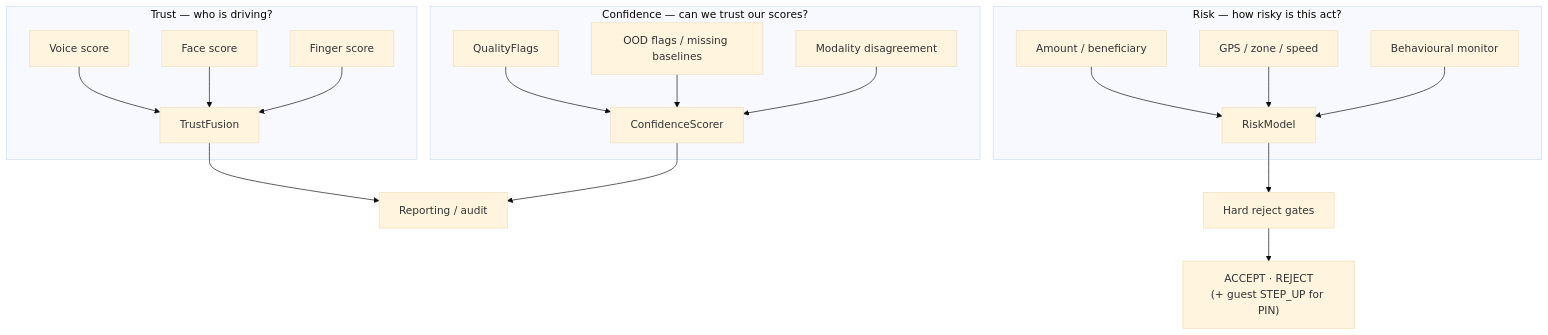
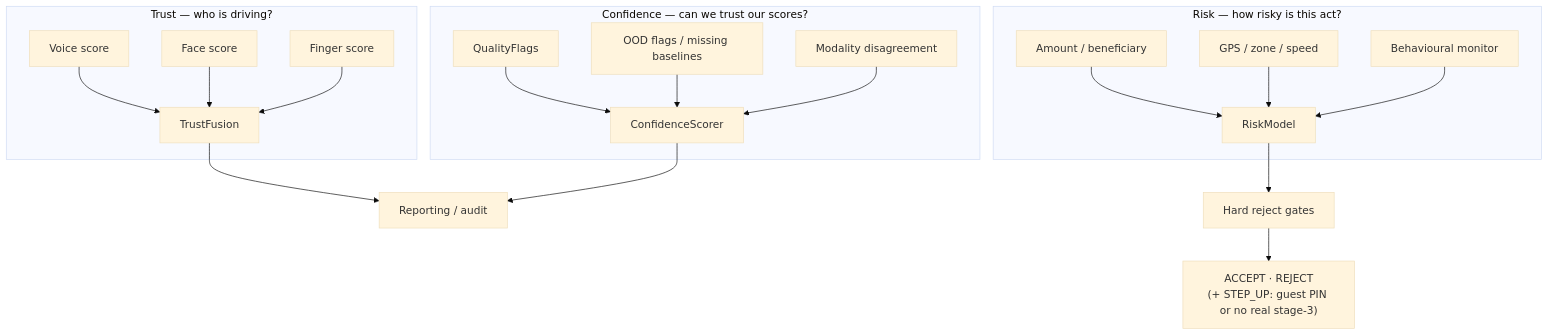
One commit to couder-04/Drive_auth_edge changed the fourth of 8 diagrams in README.md. Above: the diagram before and after it, drawn with Mermaid (base theme). The commit also changed other lines of this file and 8 other files, not shown here.

````diff
--- a/README.md
+++ b/README.md
@@ -172,34 +174,34 @@
 ```mermaid
 flowchart TB
   subgraph Trust["Trust — who is driving?"]
     V[Voice score]
     F[Face score]
     P[Finger score]
     V --> TF[TrustFusion]
     F --> TF
     P --> TF
   end
 
   subgraph Risk["Risk — how risky is this act?"]
     A[Amount / beneficiary]
     G[GPS / zone / speed]
     B[Behavioural monitor]
     A --> RM[RiskModel]
     G --> RM
     B --> RM
   end
 
   subgraph Confidence["Confidence — can we trust our scores?"]
     Q[QualityFlags]
     O[OOD flags / missing baselines]
     D[Modality disagreement]
     Q --> CS[ConfidenceScorer]
     O --> CS
     D --> CS
   end
 
   TF --> RPT[Reporting / audit]
   RM --> HARD[Hard reject gates]
   CS --> RPT
-  HARD --> OUT["ACCEPT · REJECT\n(+ guest STEP_UP for PIN)"]
+  HARD --> OUT["ACCEPT · REJECT\n(+ STEP_UP: guest PIN or no real stage-3)"]
 ```
````
